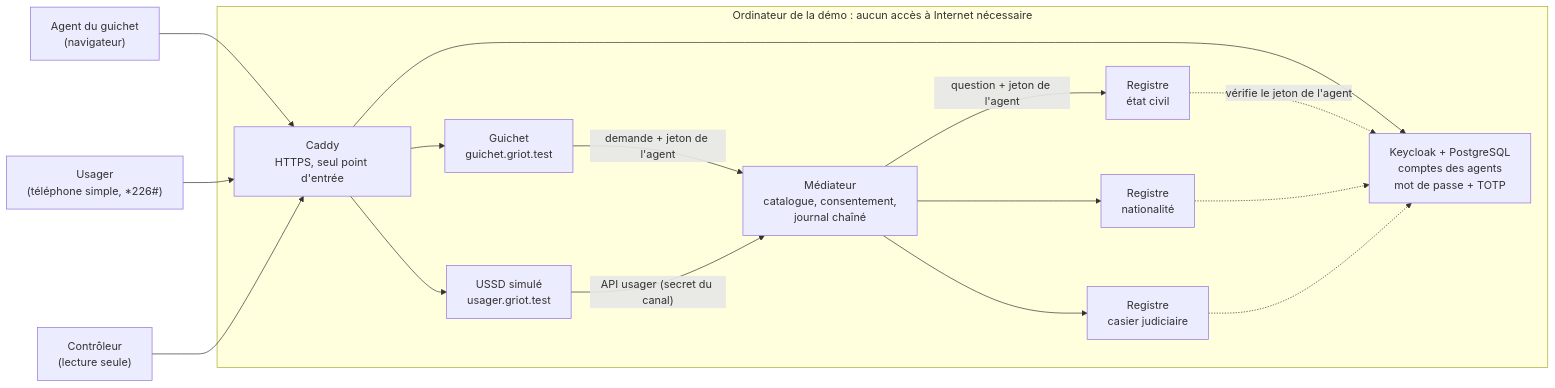
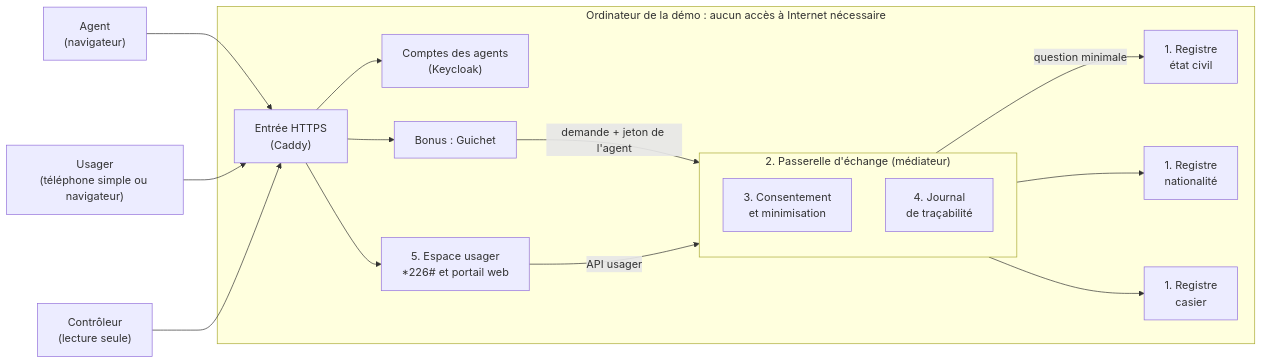
One commit to wangredelwende-spec/griot-dites-le-nous-une-fois changed the diagram in docs/ARCHITECTURE.md. Above: the diagram before and after it, drawn with Mermaid. The commit also changed other lines of this file, not shown here.

````diff
--- a/docs/ARCHITECTURE.md
+++ b/docs/ARCHITECTURE.md
@@ -14,32 +19,32 @@
 ```mermaid
 flowchart LR
-    agent["Agent du guichet<br/>(navigateur)"]
-    usager["Usager<br/>(téléphone simple, *226#)"]
+    agent["Agent<br/>(navigateur)"]
+    usager["Usager<br/>(téléphone simple ou navigateur)"]
     controleur["Contrôleur<br/>(lecture seule)"]
 
     subgraph pile["Ordinateur de la démo : aucun accès à Internet nécessaire"]
-        caddy["Caddy<br/>HTTPS, seul point d'entrée"]
-        keycloak["Keycloak + PostgreSQL<br/>comptes des agents<br/>mot de passe + TOTP"]
-        guichet["Guichet<br/>guichet.griot.test"]
-        ussd["USSD simulé<br/>usager.griot.test"]
-        mediateur["Médiateur<br/>catalogue, consentement,<br/>journal chaîné"]
-        ec["Registre<br/>état civil"]
-        nat["Registre<br/>nationalité"]
-        cas["Registre<br/>casier judiciaire"]
+        caddy["Entrée HTTPS<br/>(Caddy)"]
+        keycloak["Comptes des agents<br/>(Keycloak)"]
+        guichet["Bonus : Guichet"]
+        espace["5. Espace usager<br/>*226# et portail web"]
+        subgraph passerelle["2. Passerelle d'échange (médiateur)"]
+            consentement["3. Consentement<br/>et minimisation"]
+            journal["4. Journal<br/>de traçabilité"]
+        end
+        ec["1. Registre<br/>état civil"]
+        nat["1. Registre<br/>nationalité"]
+        cas["1. Registre<br/>casier"]
     end
 
     agent --> caddy
     usager --> caddy
     controleur --> caddy
     caddy --> guichet
-    caddy --> ussd
+    caddy --> espace
     caddy --> keycloak
-    guichet -- "demande + jeton de l'agent" --> mediateur
-    ussd -- "API usager (secret du canal)" --> mediateur
-    mediateur -- "question + jeton de l'agent" --> ec
-    mediateur --> nat
-    mediateur --> cas
-    ec -. "vérifie le jeton de l'agent" .-> keycloak
-    nat -.-> keycloak
-    cas -.-> keycloak
+    guichet -- "demande + jeton de l'agent" --> passerelle
+    espace -- "API usager" --> passerelle
+    passerelle -- "question minimale" --> ec
+    passerelle --> nat
+    passerelle --> cas
 ```
````
